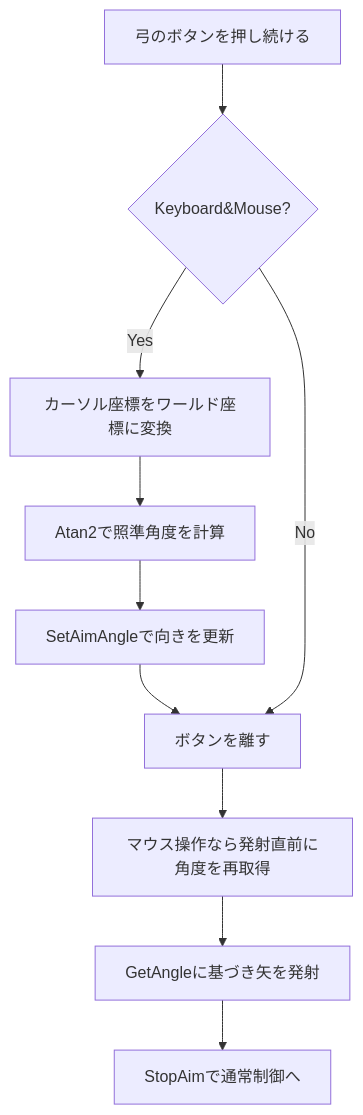
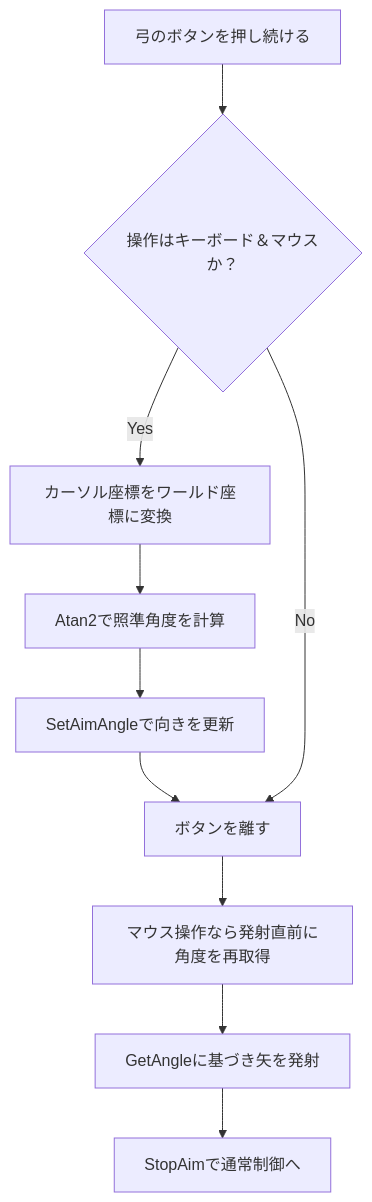
The third of 3 diagrams in README.md (hisa202609/IslandAdventure), drawn with Mermaid before and after one commit.

Commit message:
README更新

````diff
--- a/README.md
+++ b/README.md
@@ -253,12 +253,12 @@
 ```mermaid
 flowchart TD
-    A[弓のボタンを押し続ける] --> B{Keyboard&Mouse?}
+    A[弓のボタンを押し続ける] --> B{操作はキーボード＆マウスか？}
     B -->|Yes| C[カーソル座標をワールド座標に変換]
     C --> D[Atan2で照準角度を計算]
     D --> E[SetAimAngleで向きを更新]
     E --> F[ボタンを離す]
     B -->|No| F
     F --> G[マウス操作なら発射直前に角度を再取得]
     G --> H[GetAngleに基づき矢を発射]
     H --> I[StopAimで通常制御へ]
 ```
````
